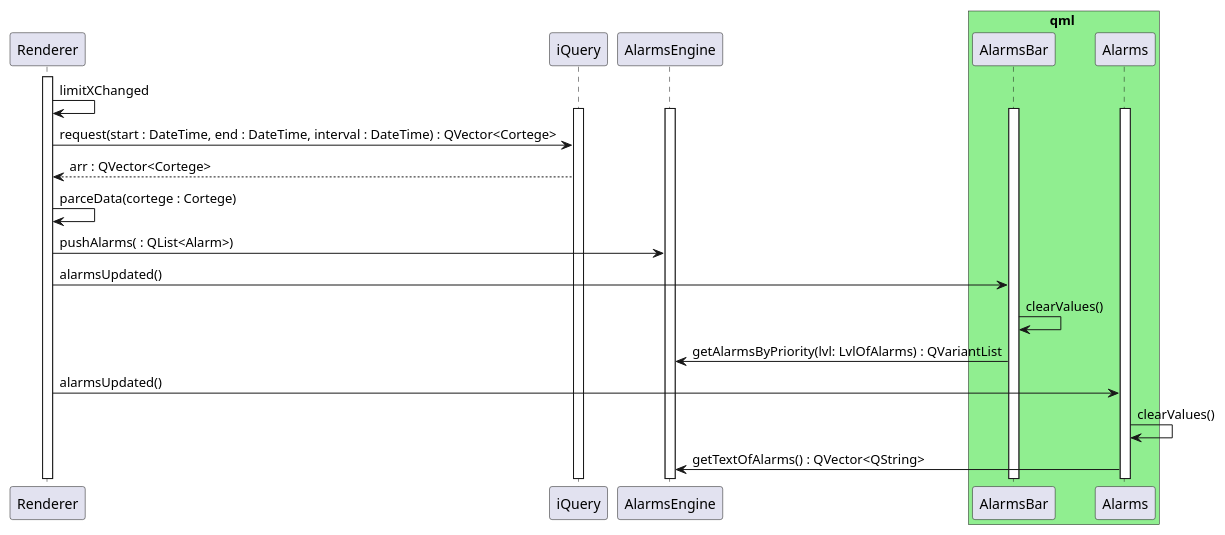
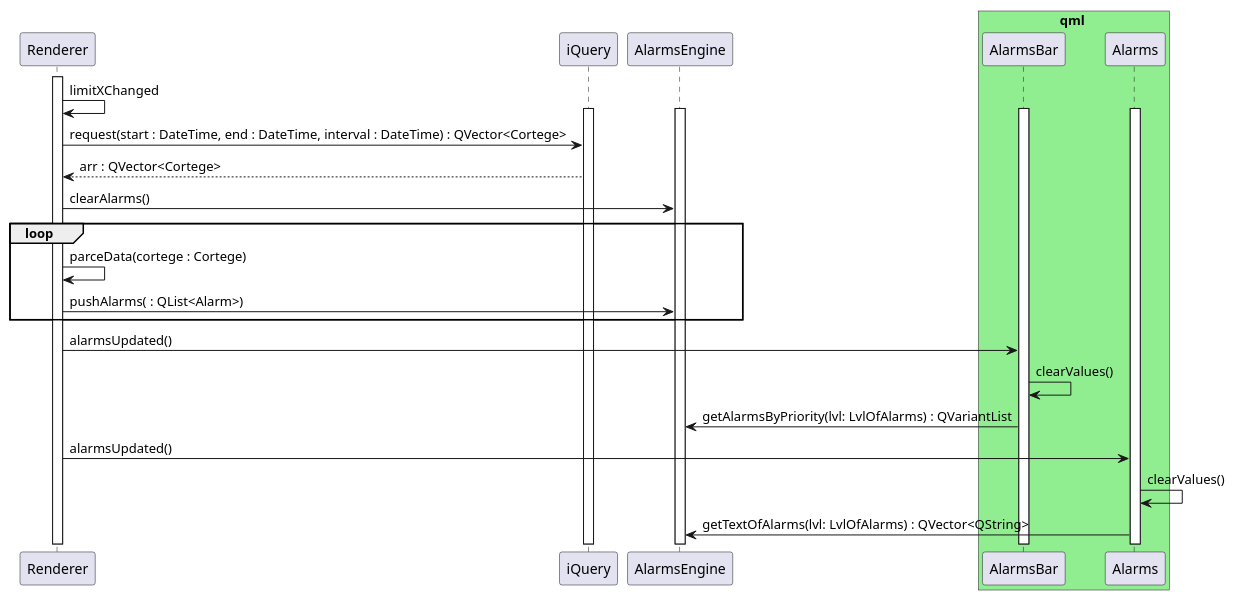
One commit to gpicugin/Diagrams changed the diagram in SequenceDiagram.wsd. Above: the diagram before and after it, drawn with PlantUML. The commit also changed 1 other file, not shown here.

```diff
--- a/SequenceDiagram.wsd
+++ b/SequenceDiagram.wsd
@@ -1,32 +1,37 @@
 @startuml SequenceDiagram
 
 skinparam sequenceMessageAlign left
 activate Renderer
 
 Renderer -> Renderer: limitXChanged
 activate AlarmsBar
 activate Alarms
 activate iQuery
 activate AlarmsEngine
 
 Renderer -> iQuery: request(start : DateTime, end : DateTime, interval : DateTime) : QVector<Cortege>
 iQuery --> Renderer: arr : QVector<Cortege>
 
-Renderer -> Renderer : parceData(cortege : Cortege)
+Renderer -> AlarmsEngine: clearAlarms()
 
-Renderer -> AlarmsEngine: pushAlarms( : QList<Alarm>)
+loop 
+    Renderer -> Renderer : parceData(cortege : Cortege)
+    Renderer -> AlarmsEngine: pushAlarms( : QList<Alarm>)
+end loop
+
+
 
 Renderer -> AlarmsBar: alarmsUpdated()
 AlarmsBar -> AlarmsBar:  clearValues()
 AlarmsBar -> AlarmsEngine: getAlarmsByPriority(lvl: LvlOfAlarms) : QVariantList
 
 Renderer -> Alarms:  alarmsUpdated()
 Alarms -> Alarms:  clearValues()
-Alarms -> AlarmsEngine: getTextOfAlarms() : QVector<QString>
+Alarms -> AlarmsEngine: getTextOfAlarms(lvl: LvlOfAlarms) : QVector<QString>
 
 box qml #LightGreen
     participant AlarmsBar
     participant Alarms
 end box
 
 @enduml
```
